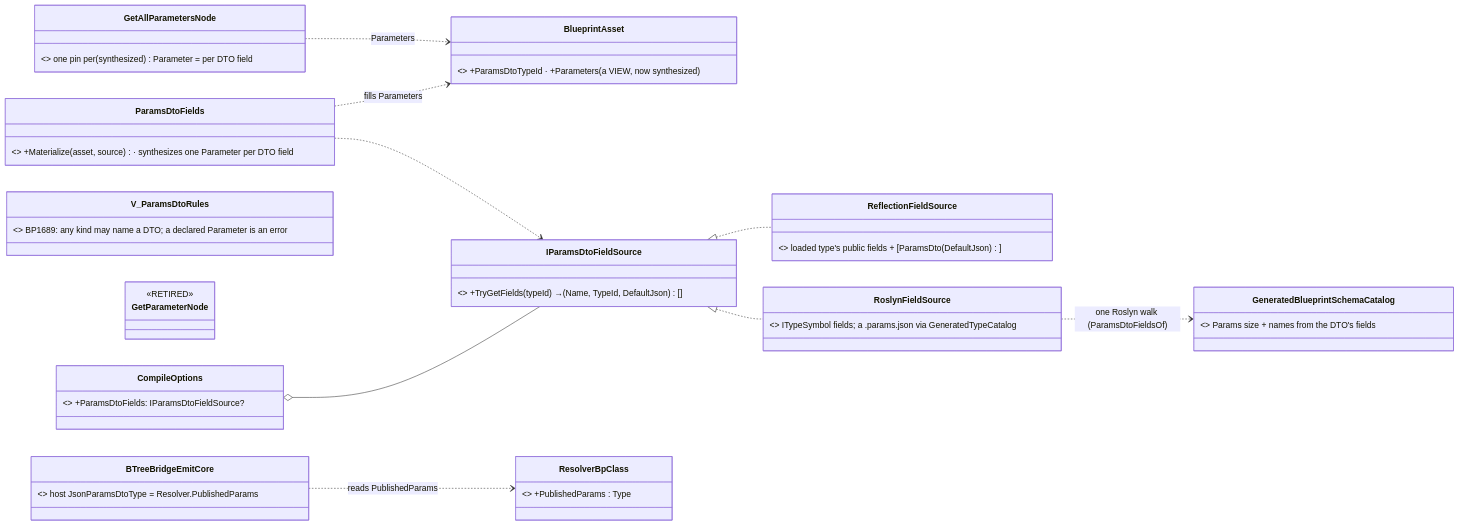
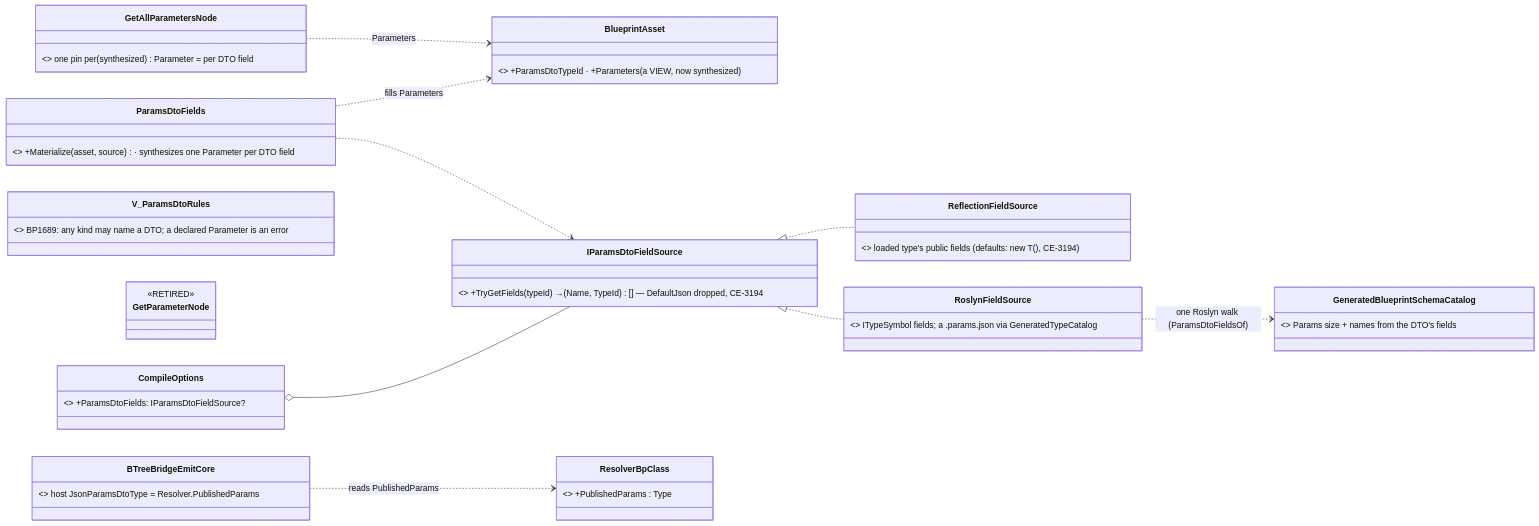
Diagram 37 of 51 in docs/DESIGN_Orders_Params_Entity_Classes.md (pjanec/HROT), drawn with Mermaid before and after one commit. The commit also changed other lines of this file and 3 other files, not shown here.

````diff
--- a/docs/DESIGN_Orders_Params_Entity_Classes.md
+++ b/docs/DESIGN_Orders_Params_Entity_Classes.md
@@ -1756,24 +1756,24 @@
 ```mermaid
 classDiagram
   direction LR
   class BlueprintAsset { <<existing>> +ParamsDtoTypeId · +Parameters (a VIEW, now synthesized) }
   class ParamsDtoFields { <<NEW, Hrot.Blueprints.Compiler>> +Materialize(asset, source) · synthesizes one Parameter per DTO field }
-  class IParamsDtoFieldSource { <<NEW>> +TryGetFields(typeId) → (Name, TypeId, DefaultJson)[] }
-  class ReflectionFieldSource { <<NEW, editor / in-process>> loaded type's public fields + [ParamsDto(DefaultJson)] }
+  class IParamsDtoFieldSource { <<NEW>> +TryGetFields(typeId) → (Name, TypeId)[] — DefaultJson dropped, CE-3194 }
+  class ReflectionFieldSource { <<NEW, editor / in-process>> loaded type's public fields (defaults: new T(), CE-3194) }
   class RoslynFieldSource { <<NEW, Hrot.AiEditor.Generators>> ITypeSymbol fields; a .params.json via GeneratedTypeCatalog }
   class CompileOptions { <<existing, CHANGED>> +ParamsDtoFields: IParamsDtoFieldSource? }
   class V_ParamsDtoRules { <<existing, CHANGED>> BP1689: any kind may name a DTO; a declared Parameter is an error }
   class GetParameterNode { <<RETIRED>> }
   class GetAllParametersNode { <<existing>> one pin per (synthesized) Parameter = per DTO field }
   class GeneratedBlueprintSchemaCatalog { <<existing, CHANGED>> Params size + names from the DTO's fields }
   class ResolverBpClass { <<generated, CHANGED>> +PublishedParams : Type }
   class BTreeBridgeEmitCore { <<existing, CHANGED>> host JsonParamsDtoType = Resolver.PublishedParams }
   IParamsDtoFieldSource <|.. ReflectionFieldSource
   IParamsDtoFieldSource <|.. RoslynFieldSource
   CompileOptions o-- IParamsDtoFieldSource
   ParamsDtoFields ..> IParamsDtoFieldSource
   ParamsDtoFields ..> BlueprintAsset : fills Parameters
   GetAllParametersNode ..> BlueprintAsset : Parameters
   RoslynFieldSource ..> GeneratedBlueprintSchemaCatalog : one Roslyn walk (ParamsDtoFieldsOf)
   BTreeBridgeEmitCore ..> ResolverBpClass : reads PublishedParams
 ```
````
